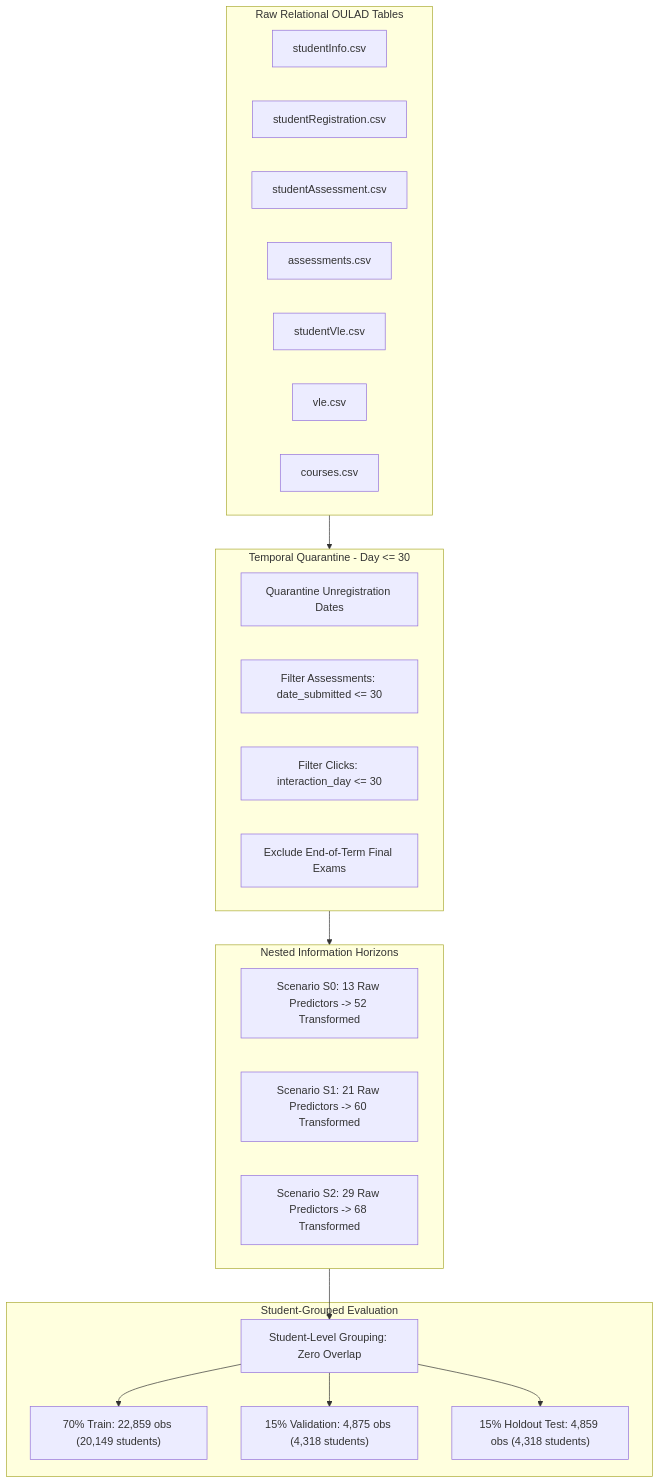
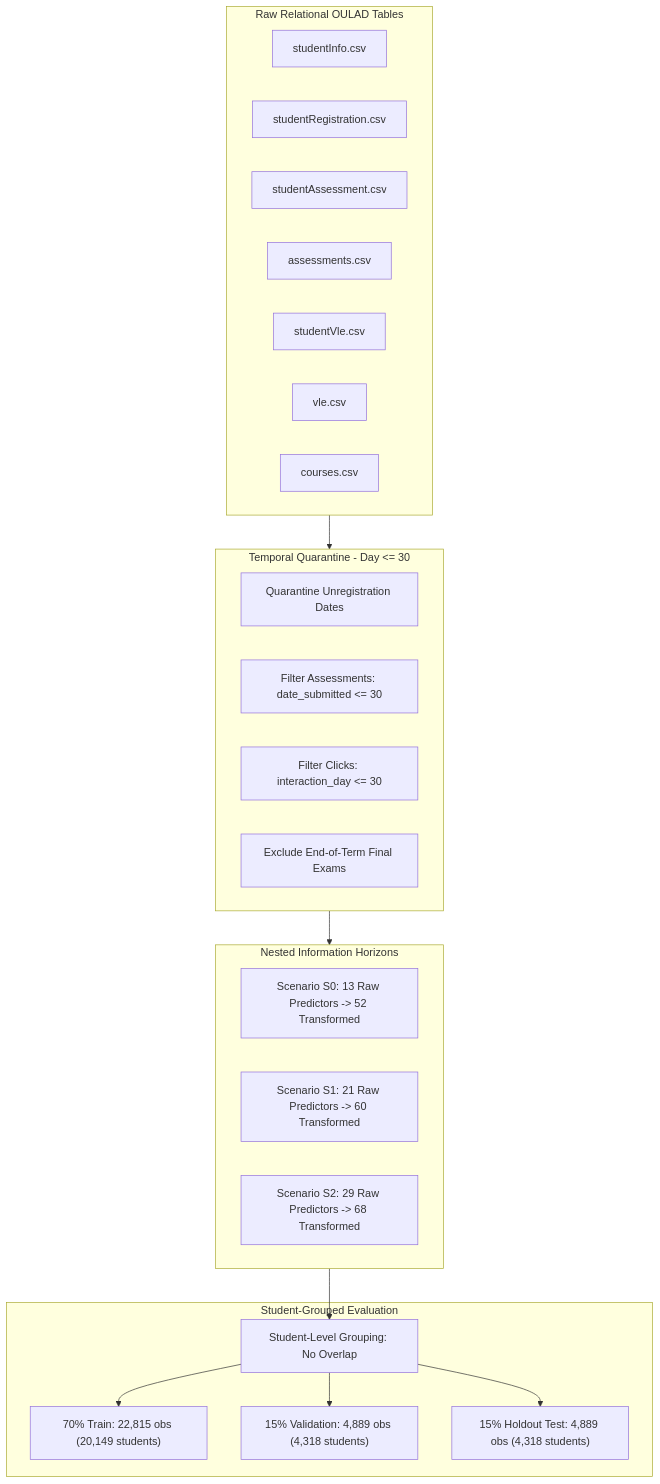
The diagram in README.md (ugesh13/IEEE_Research_Web), drawn with Mermaid before and after one commit. The commit also changed other lines of this file and 45 other files, not shown here.

````diff
--- a/README.md
+++ b/README.md
@@ -72,39 +77,39 @@
 ```mermaid
 flowchart TD
     subgraph Raw_OULAD [Raw Relational OULAD Tables]
         R1[studentInfo.csv]
         R2[studentRegistration.csv]
         R3[studentAssessment.csv]
         R4[assessments.csv]
         R5[studentVle.csv]
         R6[vle.csv]
         R7[courses.csv]
     end
 
     subgraph Temporal_Firewall [Temporal Quarantine - Day <= 30]
         TF1[Quarantine Unregistration Dates]
         TF2[Filter Assessments: date_submitted <= 30]
         TF3[Filter Clicks: interaction_day <= 30]
         TF4[Exclude End-of-Term Final Exams]
     end
 
     subgraph Feature_Horizons [Nested Information Horizons]
         S0["Scenario S0: 13 Raw Predictors -> 52 Transformed"]
         S1["Scenario S1: 21 Raw Predictors -> 60 Transformed"]
         S2["Scenario S2: 29 Raw Predictors -> 68 Transformed"]
     end
 
     subgraph Validation [Student-Grouped Evaluation]
-        SG[Student-Level Grouping: Zero Overlap]
-        Train["70% Train: 22,859 obs (20,149 students)"]
-        Val["15% Validation: 4,875 obs (4,318 students)"]
-        Test["15% Holdout Test: 4,859 obs (4,318 students)"]
+        SG[Student-Level Grouping: No Overlap]
+        Train["70% Train: 22,815 obs (20,149 students)"]
+        Val["15% Validation: 4,889 obs (4,318 students)"]
+        Test["15% Holdout Test: 4,889 obs (4,318 students)"]
     end
 
     Raw_OULAD --> Temporal_Firewall
     Temporal_Firewall --> Feature_Horizons
     Feature_Horizons --> SG
     SG --> Train
     SG --> Val
     SG --> Test
 ```
````
